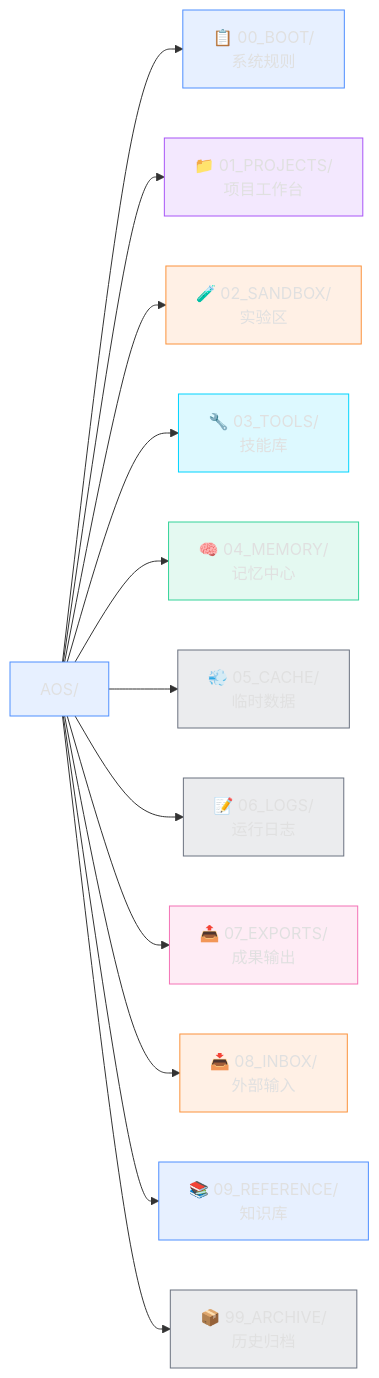
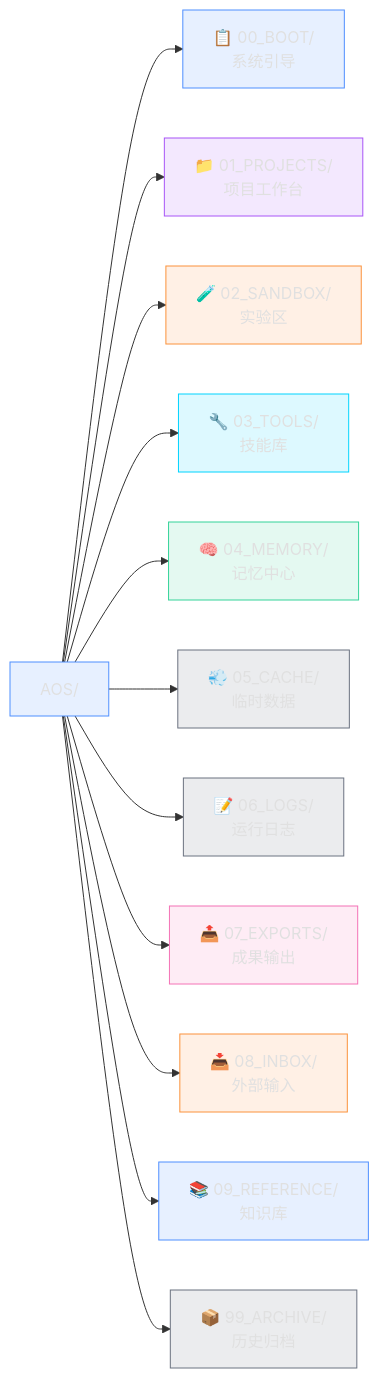
One commit to MagicalYuYu/agent-operating-system changed the third of 5 diagrams in README.md. Above: the diagram before and after it, drawn with Mermaid. The commit also changed other lines of this file and 127 other files, not shown here.

````diff
--- a/README.md
+++ b/README.md
@@ -69,27 +136,27 @@
 ```mermaid
 graph LR
-    ROOT["AOS/"] --> BOOT["📋 00_BOOT/<br/>系统规则"]
+    ROOT["AOS/"] --> BOOT["📋 00_BOOT/<br/>系统引导"]
     ROOT --> PROJ["📁 01_PROJECTS/<br/>项目工作台"]
     ROOT --> SAND["🧪 02_SANDBOX/<br/>实验区"]
     ROOT --> TOOLS["🔧 03_TOOLS/<br/>技能库"]
     ROOT --> MEM["🧠 04_MEMORY/<br/>记忆中心"]
     ROOT --> CACHE["💨 05_CACHE/<br/>临时数据"]
     ROOT --> LOGS["📝 06_LOGS/<br/>运行日志"]
     ROOT --> EXPORT["📤 07_EXPORTS/<br/>成果输出"]
     ROOT --> INBOX["📥 08_INBOX/<br/>外部输入"]
     ROOT --> REF["📚 09_REFERENCE/<br/>知识库"]
     ROOT --> ARCH["📦 99_ARCHIVE/<br/>历史归档"]
 
     style ROOT fill:#4f8fff22,stroke:#4f8fff,color:#e0e0e0
     style BOOT fill:#4f8fff22,stroke:#4f8fff,color:#e0e0e0
     style PROJ fill:#a855f722,stroke:#a855f7,color:#e0e0e0
     style SAND fill:#fb923c22,stroke:#fb923c,color:#e0e0e0
     style TOOLS fill:#00d4ff22,stroke:#00d4ff,color:#e0e0e0
     style MEM fill:#34d39922,stroke:#34d399,color:#e0e0e0
     style CACHE fill:#6b728022,stroke:#6b7280,color:#e0e0e0
     style LOGS fill:#6b728022,stroke:#6b7280,color:#e0e0e0
     style EXPORT fill:#f472b622,stroke:#f472b6,color:#e0e0e0
     style INBOX fill:#fb923c22,stroke:#fb923c,color:#e0e0e0
     style REF fill:#4f8fff22,stroke:#4f8fff,color:#e0e0e0
     style ARCH fill:#6b728022,stroke:#6b7280,color:#e0e0e0
 ```
````
